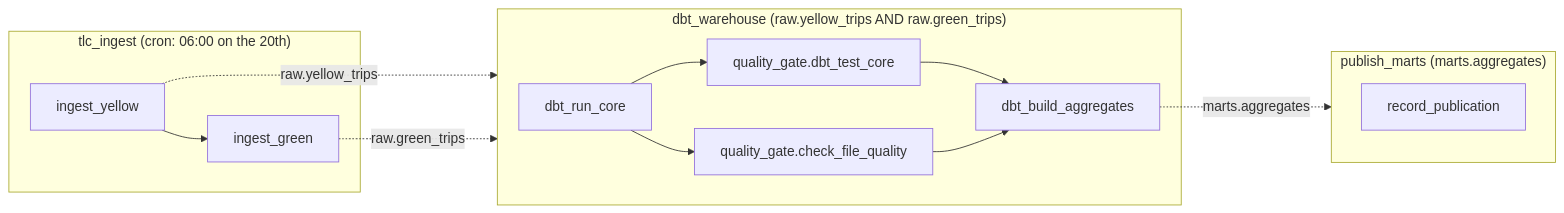
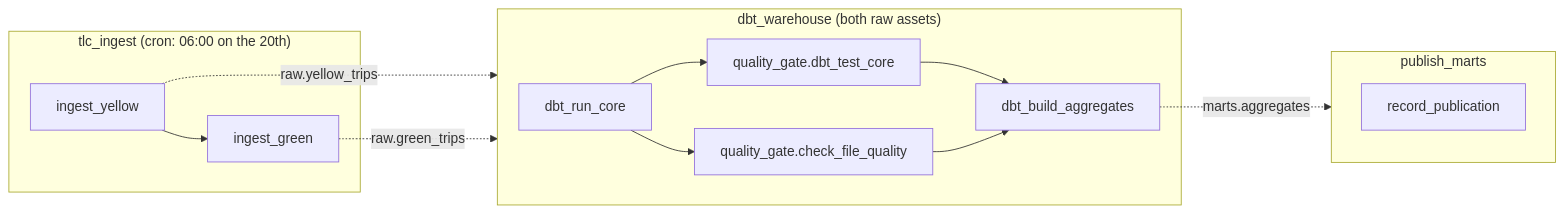
Before and after one commit to gkhnelbstn/airflow3-elt-pipeline: the diagram in README.md, drawn with Mermaid.

Commit message:
README: shorter diagram titles

````diff
--- a/README.md
+++ b/README.md
@@ -40,18 +40,18 @@
 ```mermaid
 flowchart LR
     subgraph tlc_ingest["tlc_ingest (cron: 06:00 on the 20th)"]
         y[ingest_yellow] --> g[ingest_green]
     end
     y -.->|raw.yellow_trips| dbt
     g -.->|raw.green_trips| dbt
-    subgraph dbt["dbt_warehouse (raw.yellow_trips AND raw.green_trips)"]
+    subgraph dbt["dbt_warehouse (both raw assets)"]
         core[dbt_run_core] --> t[quality_gate.dbt_test_core]
         core --> q[quality_gate.check_file_quality]
         t --> agg[dbt_build_aggregates]
         q --> agg
     end
     agg -.->|marts.aggregates| pub
-    subgraph pub["publish_marts (marts.aggregates)"]
+    subgraph pub["publish_marts"]
         r[record_publication]
     end
 ```
````
